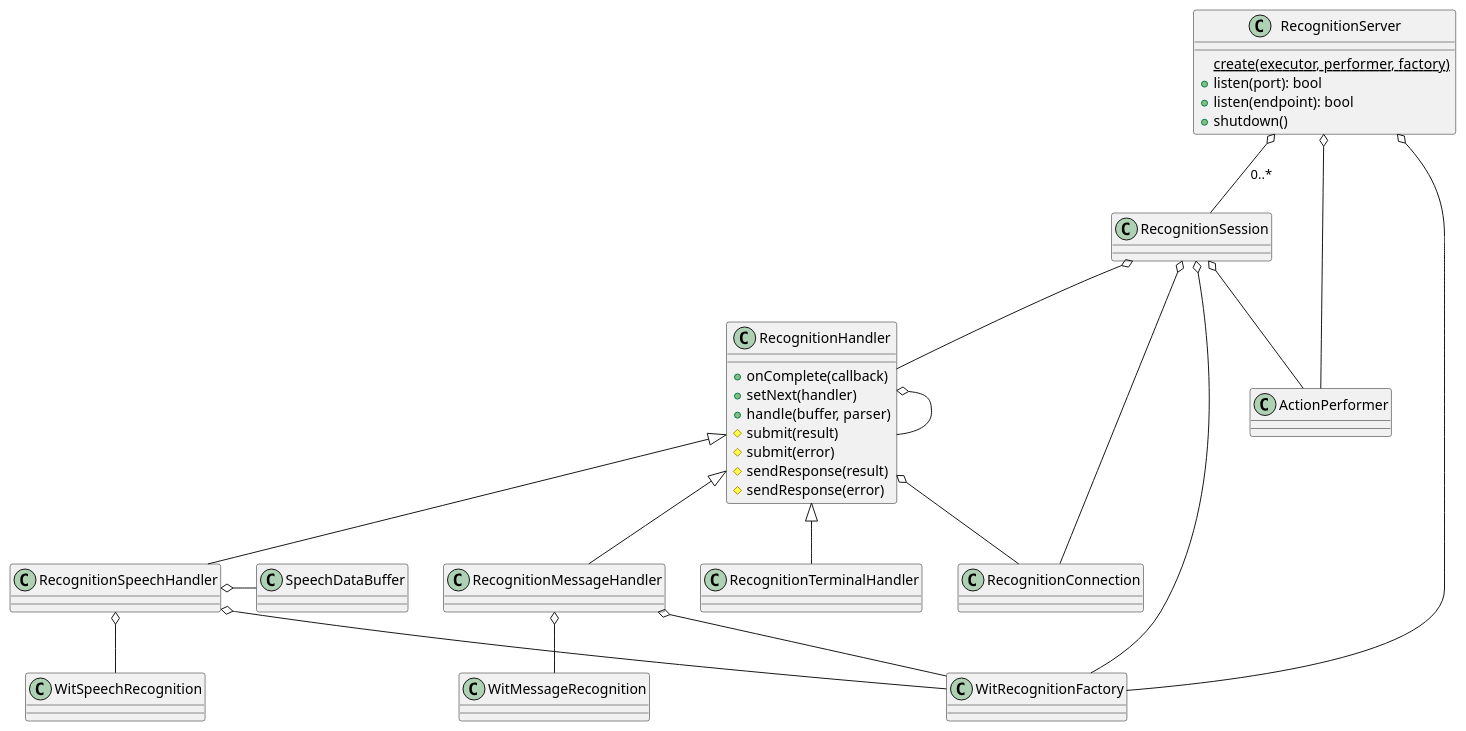
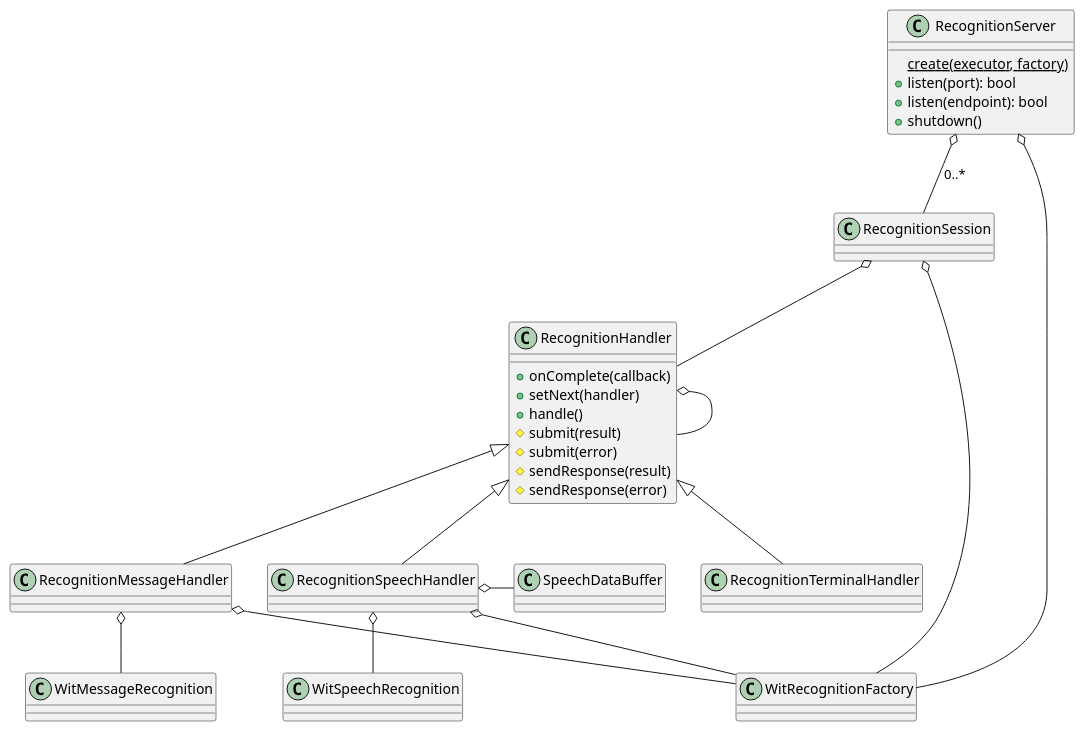
Before and after one commit to denoming/rintento: the third of 9 diagrams in src/intent/doc/intent.md, drawn with PlantUML. The commit also changed other lines of this file and 4 other files, not shown here.

````diff
--- a/src/intent/doc/intent.md
+++ b/src/intent/doc/intent.md
@@ -95,45 +81,41 @@
 ```plantuml
 @startuml
+set namespaceSeparator ::
 
 class RecognitionServer {
-    {static} create(executor, performer, factory)
+    {static} create(executor, factory)
     +listen(port): bool
     +listen(endpoint): bool
     +shutdown()
 }
 
-RecognitionServer o-- ActionPerformer
 RecognitionServer o-- RecognitionSession : 0..*
 RecognitionServer o-- WitRecognitionFactory
 
 class RecognitionHandler { 
     +onComplete(callback)
     +setNext(handler)
-    +handle(buffer, parser)
+    +handle()
     #submit(result)
     #submit(error)
     #sendResponse(result)
     #sendResponse(error)
 }
 
 RecognitionHandler <|-- RecognitionMessageHandler
 RecognitionHandler <|-- RecognitionSpeechHandler
 RecognitionHandler <|-- RecognitionTerminalHandler
 
 RecognitionHandler o-- RecognitionHandler
-RecognitionHandler o-- RecognitionConnection
 
 RecognitionMessageHandler o-- WitRecognitionFactory
 RecognitionMessageHandler o-- WitMessageRecognition
 
 RecognitionSpeechHandler o-- WitRecognitionFactory
 RecognitionSpeechHandler o-- WitSpeechRecognition
 RecognitionSpeechHandler o- SpeechDataBuffer
 
-RecognitionConnection -o RecognitionSession 
-RecognitionSession o-- ActionPerformer
 RecognitionSession o-- WitRecognitionFactory
 RecognitionSession o-- RecognitionHandler
-
 @enduml
 ```
````
